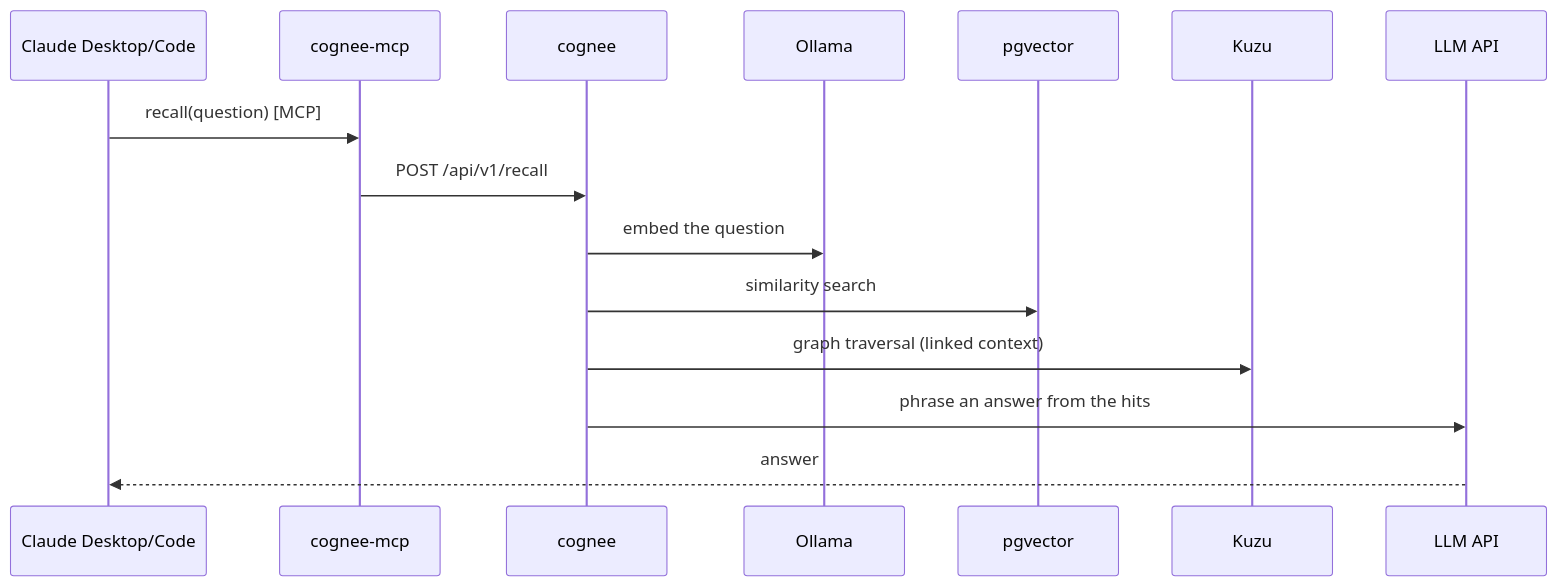
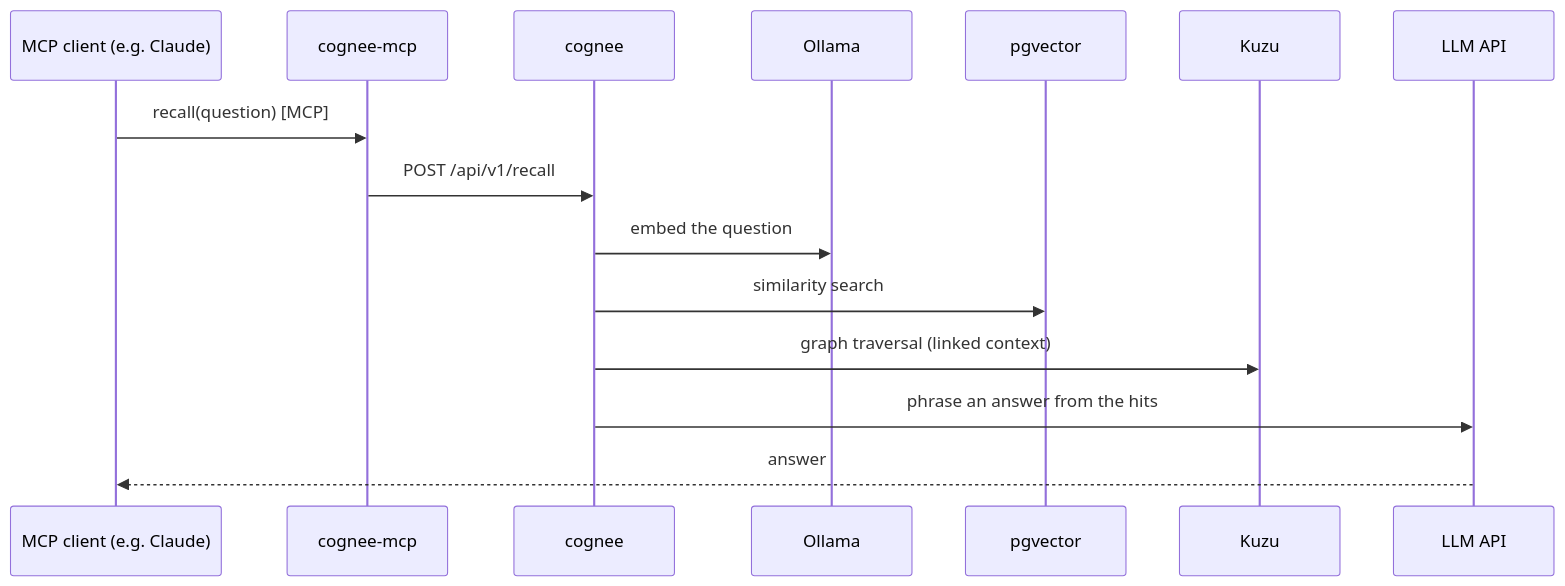
One commit to mrebbert/local-ai-memory changed the third of 3 diagrams in docs/01-architecture.md. Above: the diagram before and after it, drawn with Mermaid. The commit also changed other lines of this file and 2 other files, not shown here.

Commit message:
Generalize client framing: MCP layer is not Claude-specific
Present the memory layer as a standard MCP server usable by any MCP client,
with Claude as the worked example. Update intro, diagrams, sequence participant,
and the MCP-clients section accordingly.

````diff
--- a/docs/01-architecture.md
+++ b/docs/01-architecture.md
@@ -108,18 +108,18 @@
 ```mermaid
 sequenceDiagram
-    participant CD as Claude Desktop/Code
+    participant CD as MCP client (e.g. Claude)
     participant M as cognee-mcp
     participant G as cognee
     participant OL as Ollama
     participant P as pgvector
     participant K as Kuzu
     participant L as LLM API
 
     CD->>M: recall(question) [MCP]
     M->>G: POST /api/v1/recall
     G->>OL: embed the question
     G->>P: similarity search
     G->>K: graph traversal (linked context)
     G->>L: phrase an answer from the hits
     L-->>CD: answer
 ```
````
